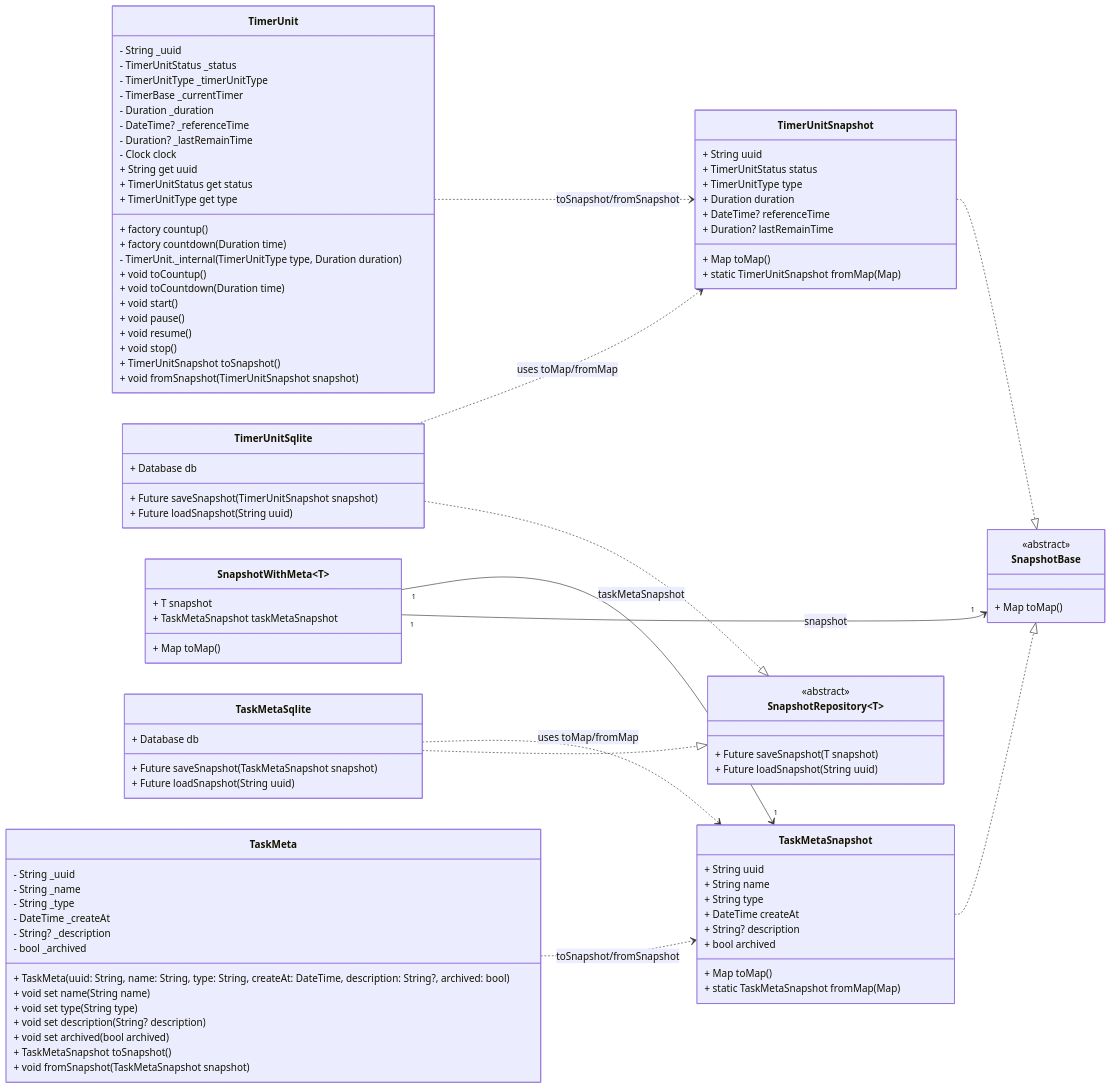
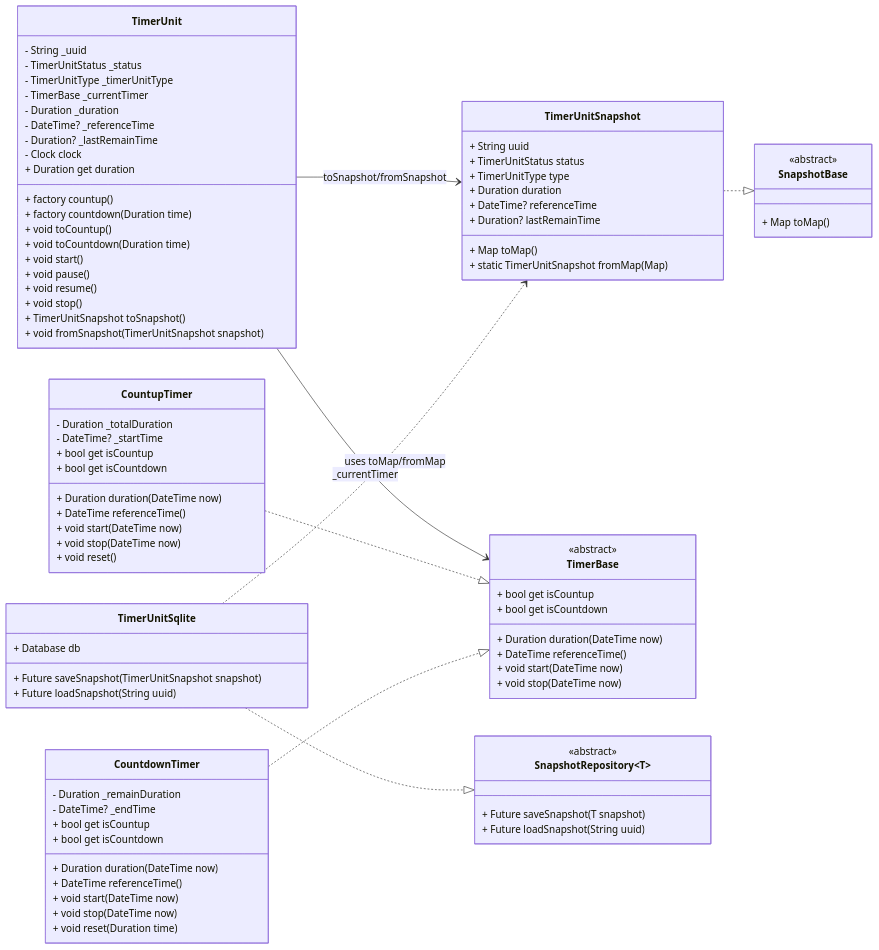
One commit to Weichky/Existimer changed the diagram in lib/README.md. Above: the diagram before and after it, drawn with Mermaid. The commit also changed other lines of this file, not shown here.

Commit message:
更改开发日志和UML图

````diff
--- a/lib/README.md
+++ b/lib/README.md
@@ -6,24 +6,11 @@
 classDiagram
 direction LR
 
-%% 快照基类及实现
+%% Snapshot部分
 class SnapshotBase {
   <<abstract>>
   + Map<String, dynamic> toMap()
 }
-
-class TaskMetaSnapshot {
-  + String uuid
-  + String name
-  + String type
-  + DateTime createAt
-  + String? description
-  + bool archived
-
-  + Map<String, dynamic> toMap()
-  + static TaskMetaSnapshot fromMap(Map<String, dynamic>)
-}
-
 class TimerUnitSnapshot {
   + String uuid
   + TimerUnitStatus status
@@ -35,11 +22,9 @@
   + Map<String, dynamic> toMap()
   + static TimerUnitSnapshot fromMap(Map<String, dynamic>)
 }
-
-TaskMetaSnapshot ..|> SnapshotBase
 TimerUnitSnapshot ..|> SnapshotBase
 
-%% 实体与快照依赖
+%% TimerUnit 和 TimerBase 层
 class TimerUnit {
   - String _uuid
   - TimerUnitStatus _status
@@ -52,56 +37,57 @@
 
   + factory countup()
   + factory countdown(Duration time)
-  - TimerUnit._internal(TimerUnitType type, Duration duration)
-
-  + String get uuid
-  + TimerUnitStatus get status
-  + TimerUnitType get type
-
   + void toCountup()
   + void toCountdown(Duration time)
-
   + void start()
   + void pause()
   + void resume()
   + void stop()
-
+  + Duration get duration
   + TimerUnitSnapshot toSnapshot()
   + void fromSnapshot(TimerUnitSnapshot snapshot)
 }
 
-class TaskMeta {
-  - String _uuid
-  - String _name
-  - String _type
-  - DateTime _createAt
-  - String? _description
-  - bool _archived
-
-  + TaskMeta(uuid: String, name: String, type: String, createAt: DateTime, description: String?, archived: bool)
-
-  + void set name(String name)
-  + void set type(String type)
-  + void set description(String? description)
-  + void set archived(bool archived)
-
-  + TaskMetaSnapshot toSnapshot()
-  + void fromSnapshot(TaskMetaSnapshot snapshot)
+class TimerBase {
+  <<abstract>>
+  + Duration duration(DateTime now)
+  + DateTime referenceTime()
+  + void start(DateTime now)
+  + void stop(DateTime now)
+  + bool get isCountup
+  + bool get isCountdown
 }
 
-TimerUnit ..> TimerUnitSnapshot : toSnapshot/fromSnapshot
-TaskMeta ..> TaskMetaSnapshot : toSnapshot/fromSnapshot
+class CountupTimer {
+  - Duration _totalDuration
+  - DateTime? _startTime
 
-%% SnapshotWithMeta 组合关系
-class SnapshotWithMeta~T~ {
-  + T snapshot
-  + TaskMetaSnapshot taskMetaSnapshot
-
-  + Map<String, dynamic> toMap()
+  + Duration duration(DateTime now)
+  + DateTime referenceTime()
+  + void start(DateTime now)
+  + void stop(DateTime now)
+  + void reset()
+  + bool get isCountup
+  + bool get isCountdown
 }
 
-SnapshotWithMeta "1" --> "1" SnapshotBase : snapshot
-SnapshotWithMeta "1" --> "1" TaskMetaSnapshot : taskMetaSnapshot
+class CountdownTimer {
+  - Duration _remainDuration
+  - DateTime? _endTime
+
+  + Duration duration(DateTime now)
+  + DateTime referenceTime()
+  + void start(DateTime now)
+  + void stop(DateTime now)
+  + void reset(Duration time)
+  + bool get isCountup
+  + bool get isCountdown
+}
+
+TimerUnit --> TimerUnitSnapshot : toSnapshot/fromSnapshot
+TimerUnit --> TimerBase : _currentTimer
+CountupTimer ..|> TimerBase
+CountdownTimer ..|> TimerBase
 
 %% 仓库接口及实现
 class SnapshotRepository~T~ {
@@ -117,16 +103,6 @@
   + Future<TimerUnitSnapshot?> loadSnapshot(String uuid)
 }
 
-class TaskMetaSqlite {
-  + Database db
-
-  + Future<void> saveSnapshot(TaskMetaSnapshot snapshot)
-  + Future<TaskMetaSnapshot?> loadSnapshot(String uuid)
-}
-
 TimerUnitSqlite ..|> SnapshotRepository~TimerUnitSnapshot~
-TaskMetaSqlite ..|> SnapshotRepository~TaskMetaSnapshot~
-
 TimerUnitSqlite ..> TimerUnitSnapshot : uses toMap/fromMap
-TaskMetaSqlite ..> TaskMetaSnapshot : uses toMap/fromMap
 ```
````
